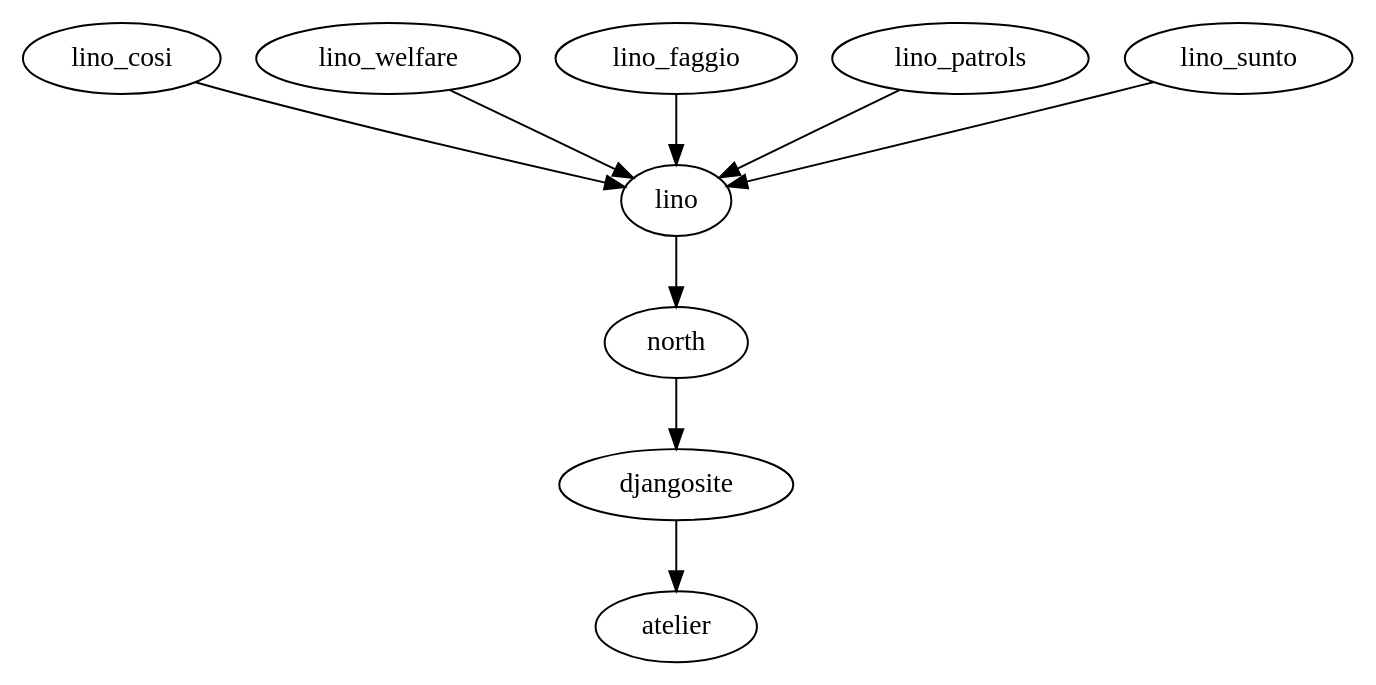
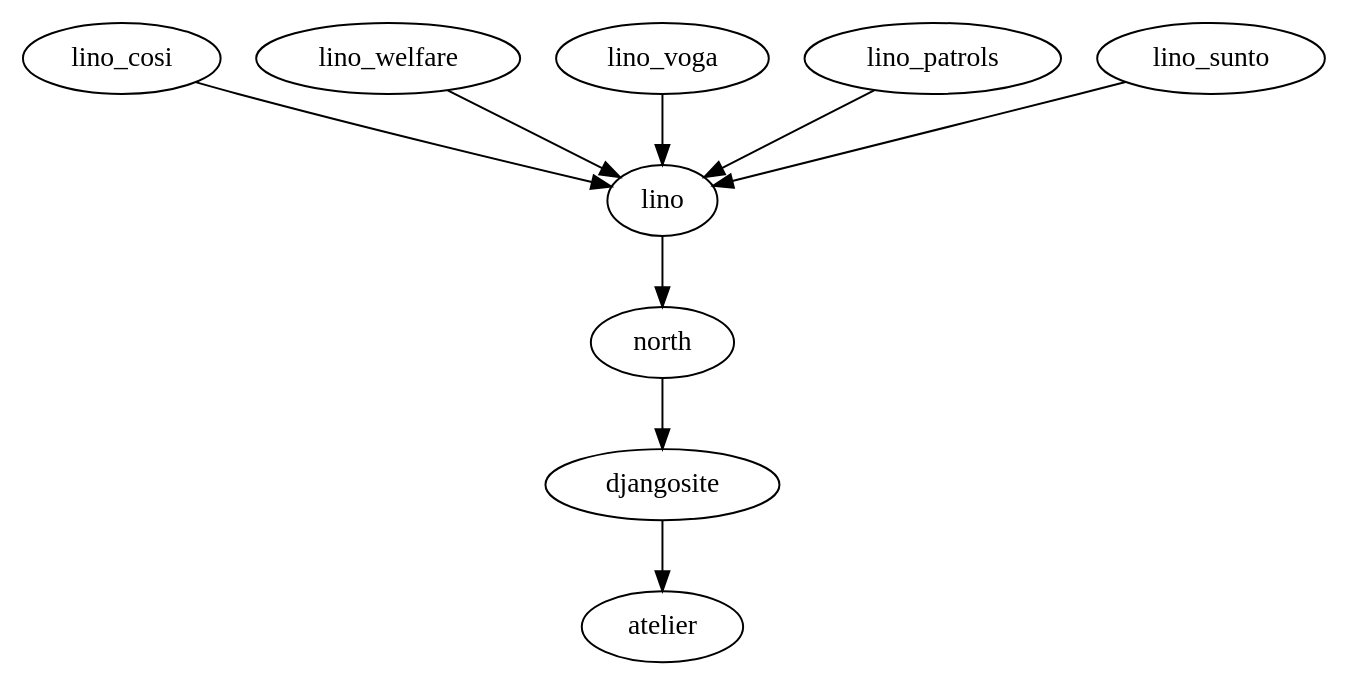
Before and after one commit to lino-framework/lino: the first of 3 diagrams in docs/tickets/139.rst, drawn with Graphviz. The commit also changed other lines of this file and 17 other files, not shown here.

```diff
--- a/docs/tickets/139.rst
+++ b/docs/tickets/139.rst
@@ -53,13 +53,13 @@
 .. graphviz:: 
    
    digraph foo {
 
     north -> djangosite -> atelier
     lino -> north
     lino_cosi -> lino
     lino_welfare -> lino
-    lino_faggio -> lino
+    lino_voga -> lino
     lino_patrols -> lino
     lino_sunto -> lino
 
    }
```
